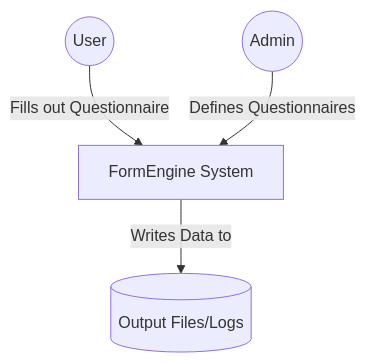
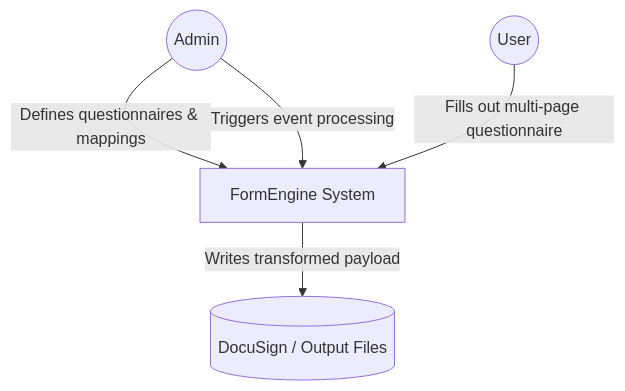
The first of 7 diagrams in README.md (julzhk/FormEngine), drawn with Mermaid before and after one commit. The commit also changed other lines of this file and 6 other files, not shown here.

````diff
--- a/README.md
+++ b/README.md
@@ -14,6 +54,12 @@
 ```mermaid
 graph TD
-    User((User)) -->|Fills out Questionnaire| FormEngine[FormEngine System]
-    FormEngine -->|Writes Data to| Output[(Output Files/Logs)]
-    Admin((Admin)) -->|Defines Questionnaires| FormEngine
+    Admin((Admin))
+    User((User))
+    FS[FormEngine System]
+    DS[(DocuSign / Output Files)]
+
+    Admin -->|Defines questionnaires & mappings| FS
+    Admin -->|Triggers event processing| FS
+    User -->|Fills out multi-page questionnaire| FS
+    FS -->|Writes transformed payload| DS
 ```
````
